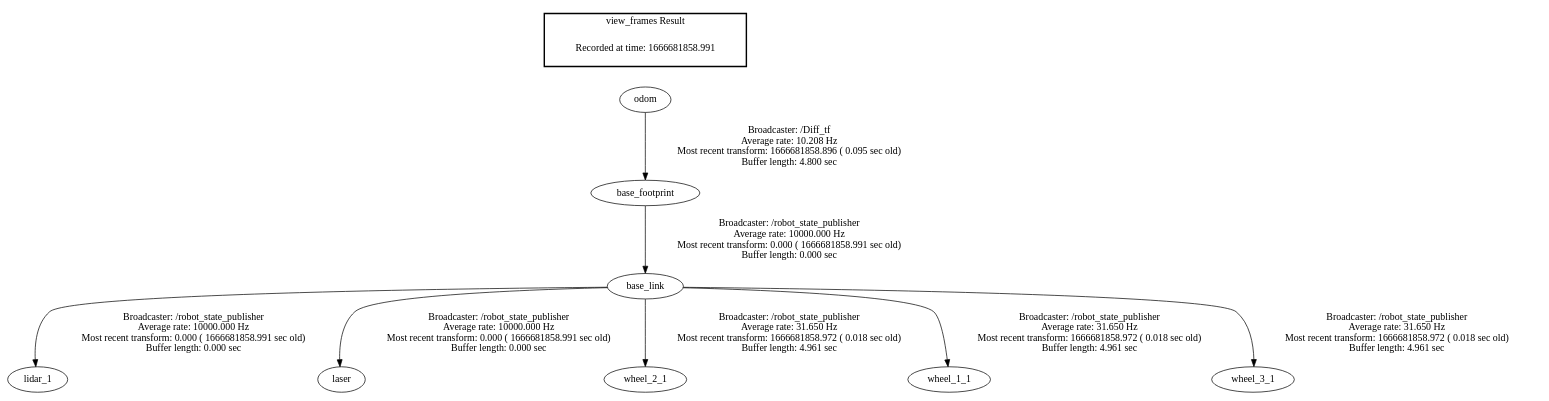
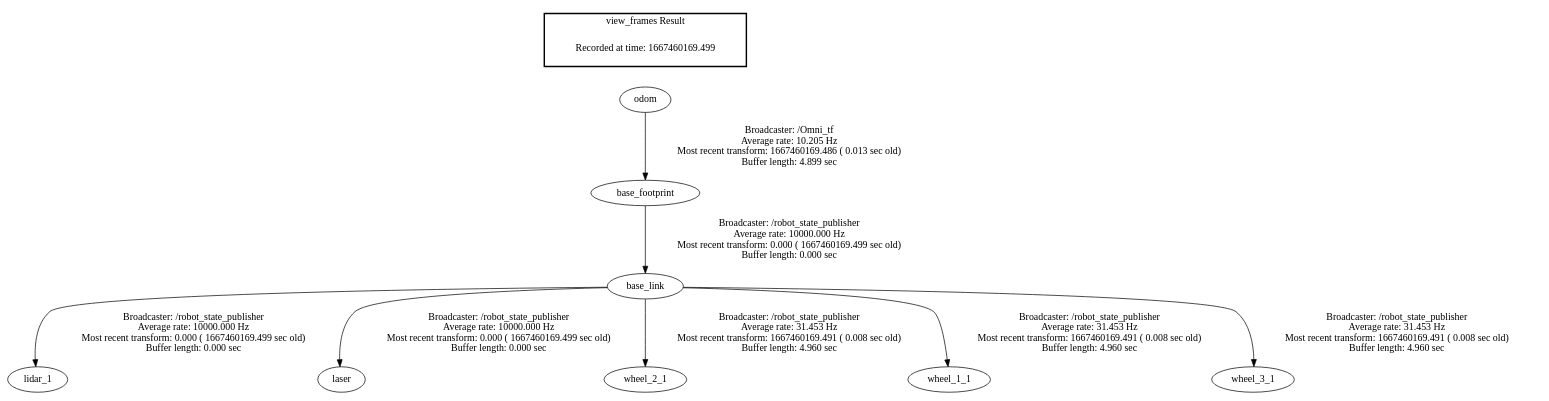
Before and after one commit to chanun3571/testswarm1: the diagram in main/arobota2/frames.gv, drawn with Graphviz. The commit also changed 5 other files, not shown here.

```diff
--- a/main/arobota2/frames.gv
+++ b/main/arobota2/frames.gv
@@ -1,13 +1,13 @@
 digraph G {
-"base_link" -> "lidar_1"[label="Broadcaster: /robot_state_publisher\nAverage rate: 10000.000 Hz\nMost recent transform: 0.000 ( 1666681858.991 sec old)\nBuffer length: 0.000 sec\n"];
-"base_footprint" -> "base_link"[label="Broadcaster: /robot_state_publisher\nAverage rate: 10000.000 Hz\nMost recent transform: 0.000 ( 1666681858.991 sec old)\nBuffer length: 0.000 sec\n"];
-"odom" -> "base_footprint"[label="Broadcaster: /Diff_tf\nAverage rate: 10.208 Hz\nMost recent transform: 1666681858.896 ( 0.095 sec old)\nBuffer length: 4.800 sec\n"];
-"base_link" -> "laser"[label="Broadcaster: /robot_state_publisher\nAverage rate: 10000.000 Hz\nMost recent transform: 0.000 ( 1666681858.991 sec old)\nBuffer length: 0.000 sec\n"];
-"base_link" -> "wheel_2_1"[label="Broadcaster: /robot_state_publisher\nAverage rate: 31.650 Hz\nMost recent transform: 1666681858.972 ( 0.018 sec old)\nBuffer length: 4.961 sec\n"];
-"base_link" -> "wheel_1_1"[label="Broadcaster: /robot_state_publisher\nAverage rate: 31.650 Hz\nMost recent transform: 1666681858.972 ( 0.018 sec old)\nBuffer length: 4.961 sec\n"];
-"base_link" -> "wheel_3_1"[label="Broadcaster: /robot_state_publisher\nAverage rate: 31.650 Hz\nMost recent transform: 1666681858.972 ( 0.018 sec old)\nBuffer length: 4.961 sec\n"];
+"base_link" -> "lidar_1"[label="Broadcaster: /robot_state_publisher\nAverage rate: 10000.000 Hz\nMost recent transform: 0.000 ( 1667460169.499 sec old)\nBuffer length: 0.000 sec\n"];
+"base_footprint" -> "base_link"[label="Broadcaster: /robot_state_publisher\nAverage rate: 10000.000 Hz\nMost recent transform: 0.000 ( 1667460169.499 sec old)\nBuffer length: 0.000 sec\n"];
+"odom" -> "base_footprint"[label="Broadcaster: /Omni_tf\nAverage rate: 10.205 Hz\nMost recent transform: 1667460169.486 ( 0.013 sec old)\nBuffer length: 4.899 sec\n"];
+"base_link" -> "laser"[label="Broadcaster: /robot_state_publisher\nAverage rate: 10000.000 Hz\nMost recent transform: 0.000 ( 1667460169.499 sec old)\nBuffer length: 0.000 sec\n"];
+"base_link" -> "wheel_2_1"[label="Broadcaster: /robot_state_publisher\nAverage rate: 31.453 Hz\nMost recent transform: 1667460169.491 ( 0.008 sec old)\nBuffer length: 4.960 sec\n"];
+"base_link" -> "wheel_1_1"[label="Broadcaster: /robot_state_publisher\nAverage rate: 31.453 Hz\nMost recent transform: 1667460169.491 ( 0.008 sec old)\nBuffer length: 4.960 sec\n"];
+"base_link" -> "wheel_3_1"[label="Broadcaster: /robot_state_publisher\nAverage rate: 31.453 Hz\nMost recent transform: 1667460169.491 ( 0.008 sec old)\nBuffer length: 4.960 sec\n"];
 edge [style=invis];
  subgraph cluster_legend { style=bold; color=black; label ="view_frames Result";
-"Recorded at time: 1666681858.991"[ shape=plaintext ] ;
+"Recorded at time: 1667460169.499"[ shape=plaintext ] ;
  }->"odom";
 }
```
